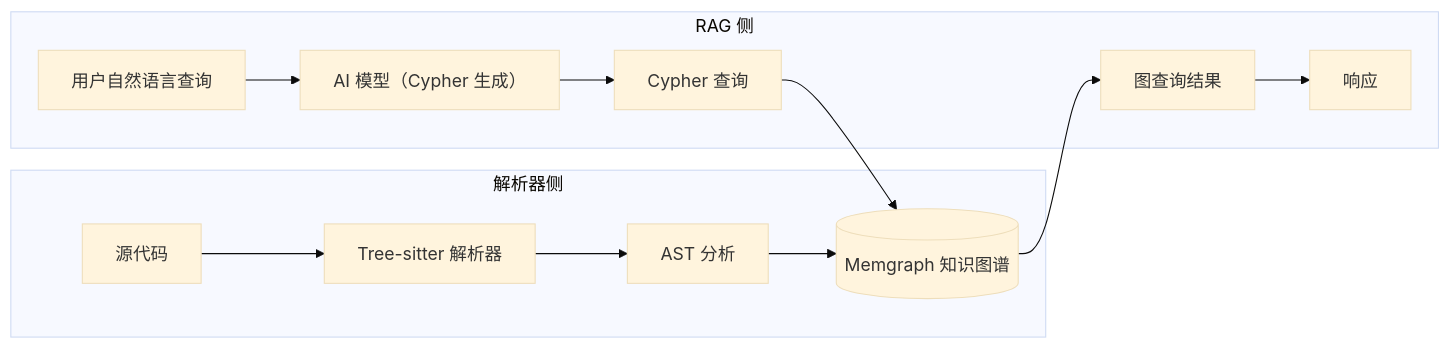
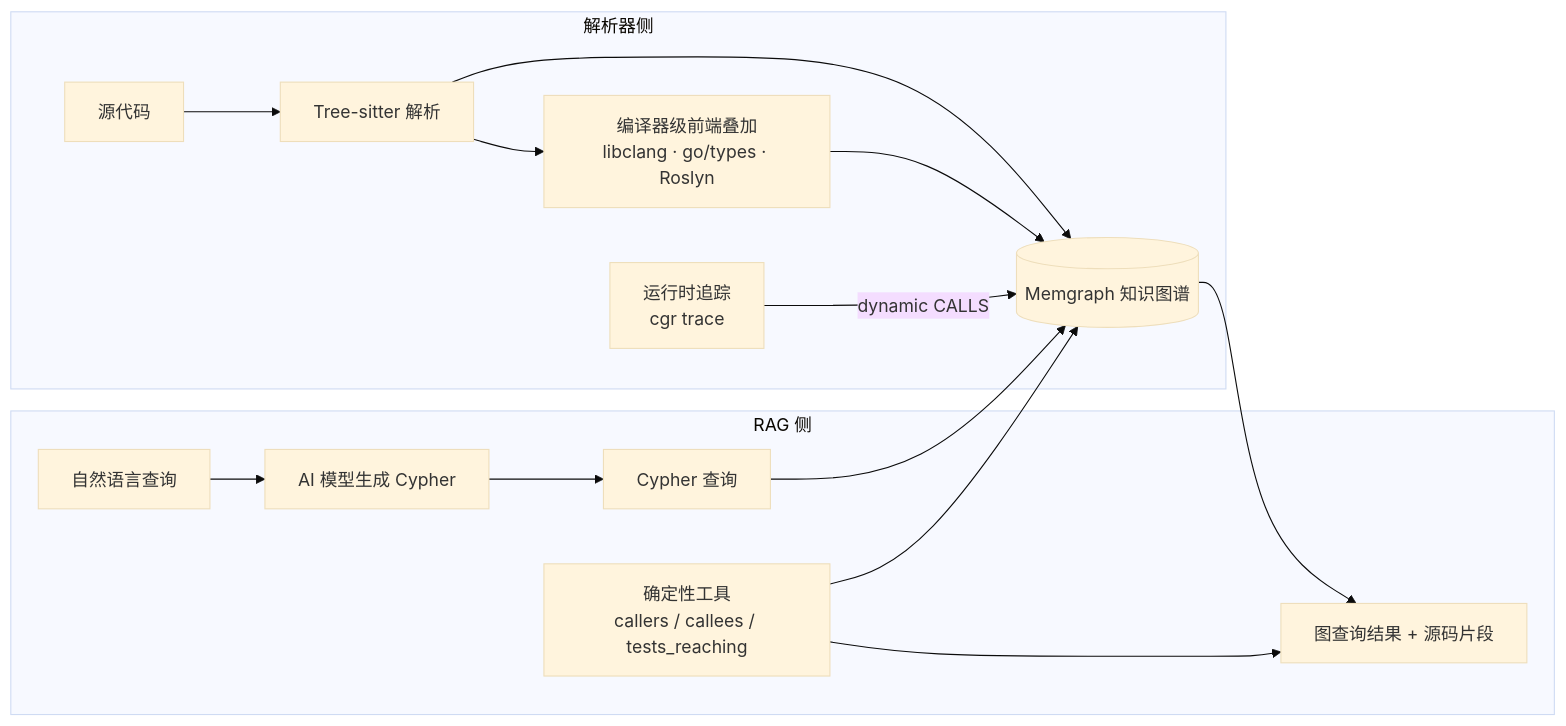
The diagram in content/posts/tech/code-graph-rag-monorepo-knowledge-graph.md (A1pha3/text-matrix), drawn with Mermaid (base theme) before and after one commit. The commit also changed other lines of this file and 331 other files, not shown here.

````diff
--- a/content/posts/tech/code-graph-rag-monorepo-knowledge-graph.md
+++ b/content/posts/tech/code-graph-rag-monorepo-knowledge-graph.md
@@ -23,16 +35,19 @@
 ```mermaid
 flowchart LR
-    subgraph Parser["解析器侧"]
-        SRC["源代码"] --> TS["Tree-sitter 解析器"]
-        TS --> AST["AST 分析"]
-        AST --> KG[("Memgraph 知识图谱")]
+    subgraph P["解析器侧"]
+        SRC["源代码"] --> TS["Tree-sitter 解析"]
+        TS --> CF["编译器级前端叠加<br/>libclang · go/types · Roslyn"]
+        TS --> KG[("Memgraph 知识图谱")]
+        CF --> KG
+        TR["运行时追踪<br/>cgr trace"] -->|dynamic CALLS| KG
     end
 
-    subgraph RAG["RAG 侧"]
-        UQ["用户自然语言查询"] --> LLM["AI 模型（Cypher 生成）"]
+    subgraph R["RAG 侧"]
+        UQ["自然语言查询"] --> LLM["AI 模型生成 Cypher"]
         LLM --> CQ["Cypher 查询"]
         CQ --> KG
-        KG --> RES["图查询结果"]
-        RES --> RESP["响应"]
+        KG --> RES["图查询结果 + 源码片段"]
+        DET["确定性工具<br/>callers / callees / tests_reaching"] --> KG
+        DET --> RES
     end
 ```
````
